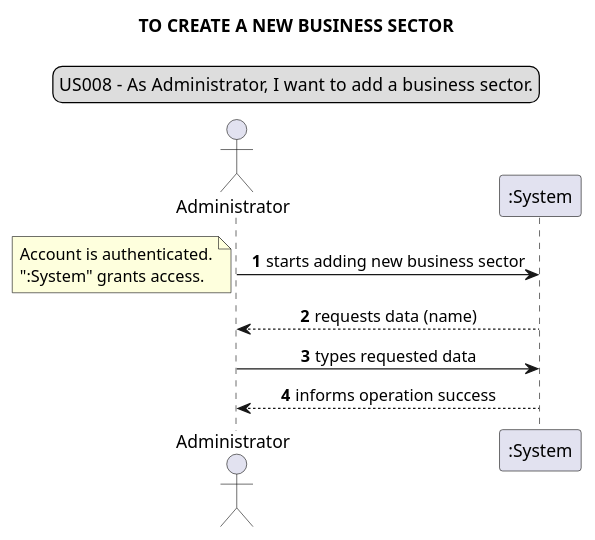
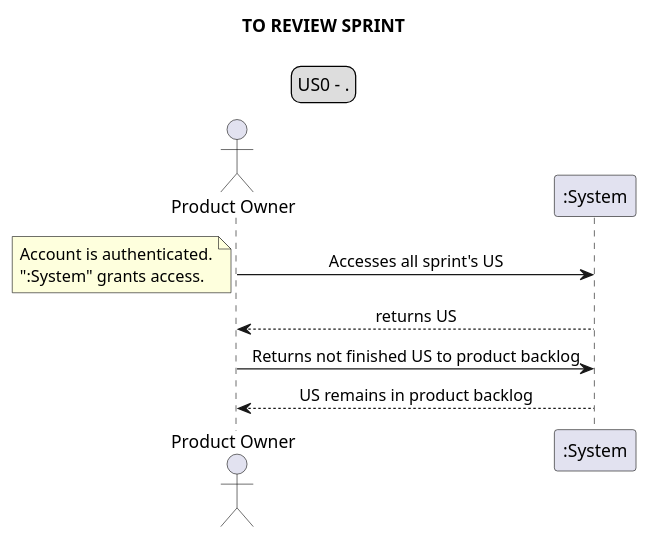
One commit to Loracline/project_switch_22-23 changed the eighth of 23 diagrams in docs/requirements_gathering/system_sequence_diagrams/systemSequenceDiagram.puml. Above: the diagram before and after it, drawn with PlantUML. The commit also changed other lines of this file and 23 other files, not shown here.

```diff
--- a/docs/requirements_gathering/system_sequence_diagrams/systemSequenceDiagram.puml
+++ b/docs/requirements_gathering/system_sequence_diagrams/systemSequenceDiagram.puml
@@ -131,17 +116,16 @@
 @startuml
 legend top
-US008 - As Administrator, I want to add a business sector.
+US0 - .
 end legend
 skinparam sequenceMessageAlign center
-title TO CREATE A NEW BUSINESS SECTOR
-actor "Administrator"
-autonumber
-Administrator -> ":System": starts adding new business sector
+title TO REVIEW SPRINT
+actor "Product Owner" as PO
+"PO" -> ":System": Accesses all sprint's US
 note left
 Account is authenticated.
 ":System" grants access.
 end note
-Administrator <-- ":System": requests data (name)
-Administrator -> ":System": types requested data
-Administrator <-- ":System":informs operation success
+PO <-- ":System": returns US
+PO -> ":System": Returns not finished US to product backlog
+PO <-- ":System": US remains in product backlog
 @enduml
```
